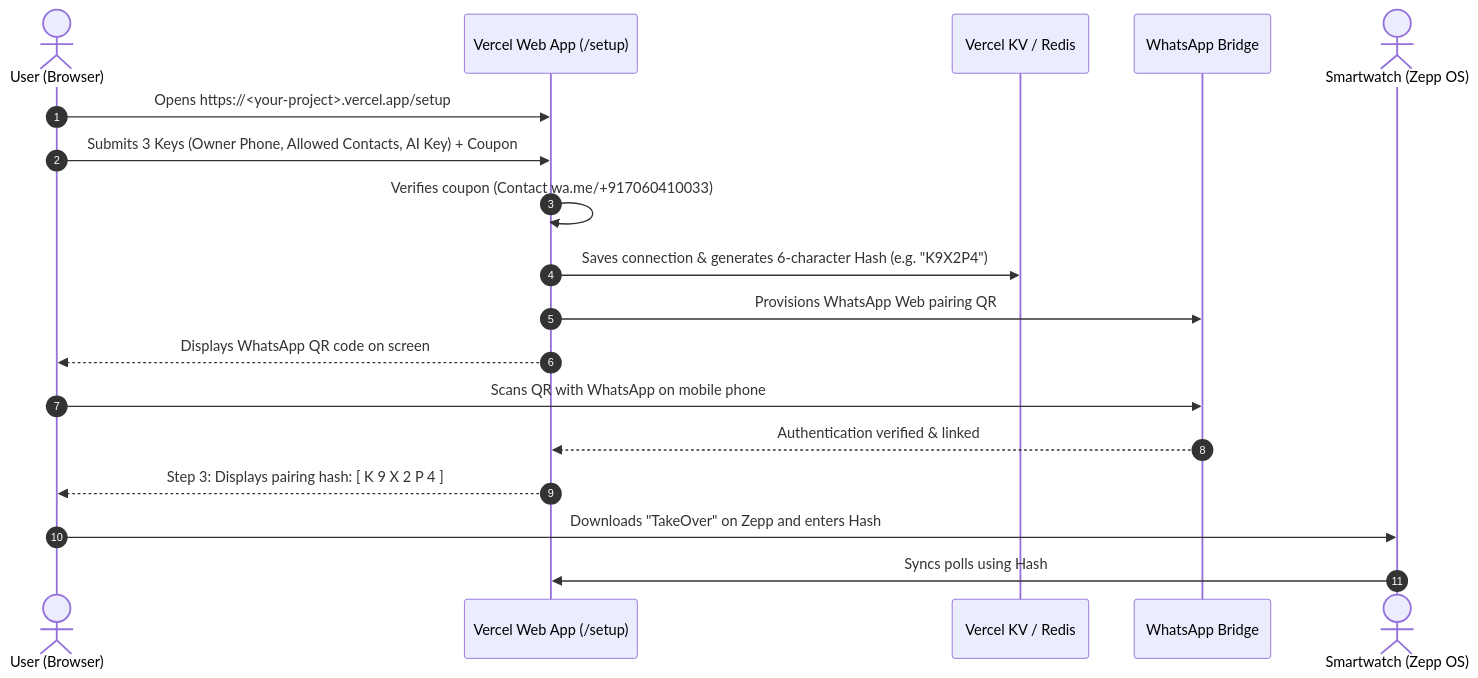
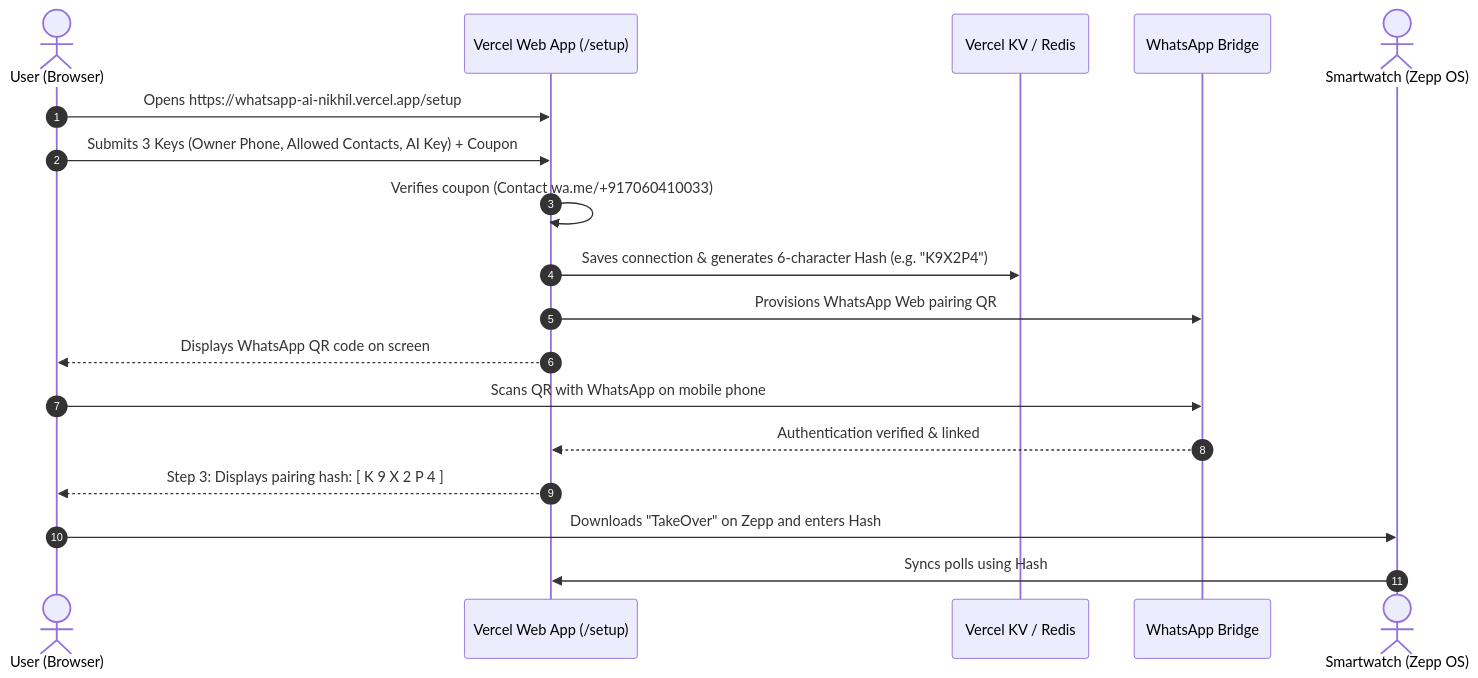
One commit to Nikhil-Mundhra/whatsapp-ai changed the first of 2 diagrams in README.md. Above: the diagram before and after it, drawn with Mermaid. The commit also changed 3 other files, not shown here.

Commit message:
chore(config): update default Vercel domain to https://whatsapp-ai-nikhil.vercel.app

````diff
--- a/README.md
+++ b/README.md
@@ -23,21 +23,21 @@
 ```mermaid
 sequenceDiagram
     autonumber
     actor User as User (Browser)
     participant Web as Vercel Web App (/setup)
     participant KV as Vercel KV / Redis
     participant Bridge as WhatsApp Bridge
     actor Watch as Smartwatch (Zepp OS)
 
-    User->>Web: Opens https://<your-project>.vercel.app/setup
+    User->>Web: Opens https://whatsapp-ai-nikhil.vercel.app/setup
     User->>Web: Submits 3 Keys (Owner Phone, Allowed Contacts, AI Key) + Coupon
     Web->>Web: Verifies coupon (Contact wa.me/+917060410033)
     Web->>KV: Saves connection & generates 6-character Hash (e.g. "K9X2P4")
     Web->>Bridge: Provisions WhatsApp Web pairing QR
     Web-->>User: Displays WhatsApp QR code on screen
     User->>Bridge: Scans QR with WhatsApp on mobile phone
     Bridge-->>Web: Authentication verified & linked
     Web-->>User: Step 3: Displays pairing hash: [ K 9 X 2 P 4 ]
     User->>Watch: Downloads "TakeOver" on Zepp and enters Hash
     Watch->>Web: Syncs polls using Hash
 ```
````
